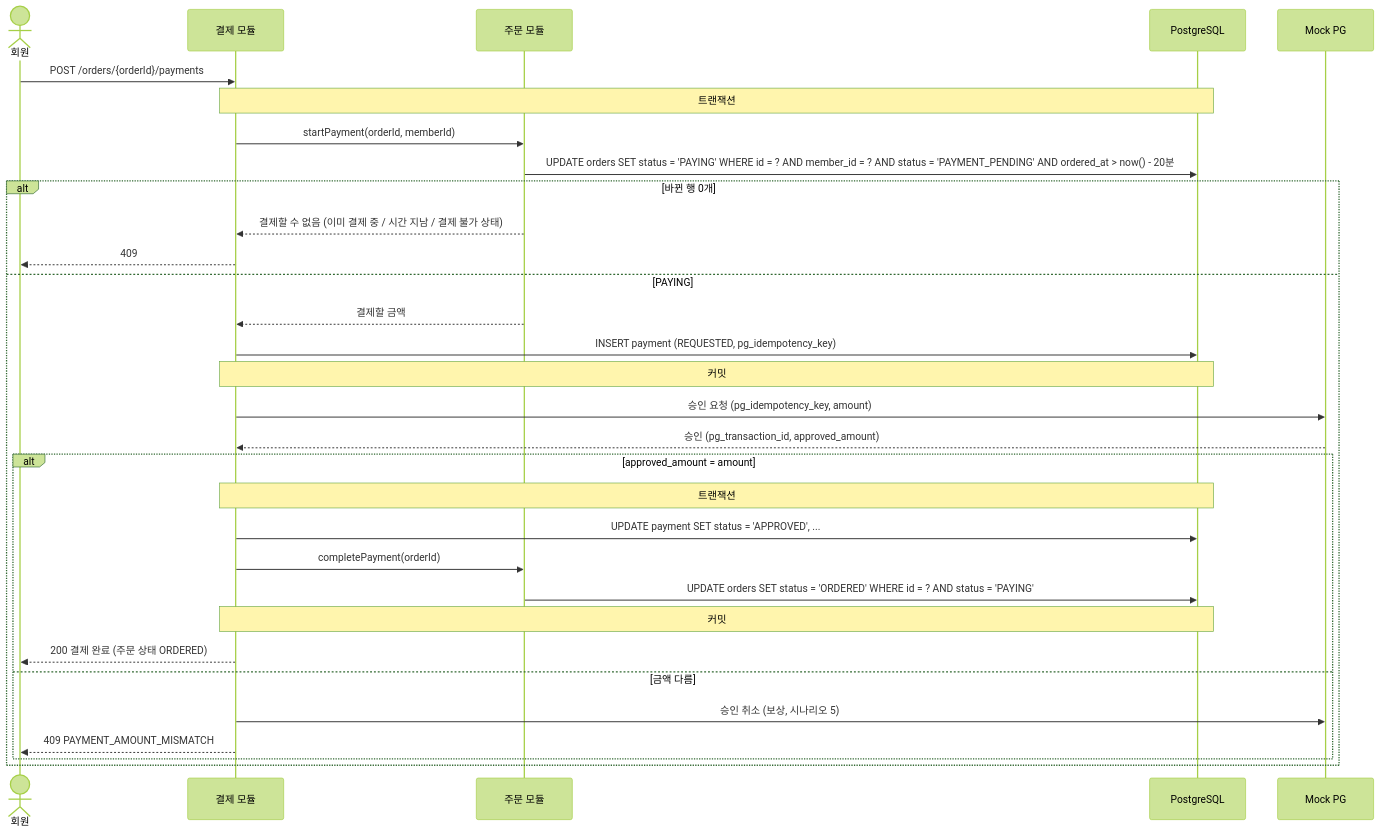
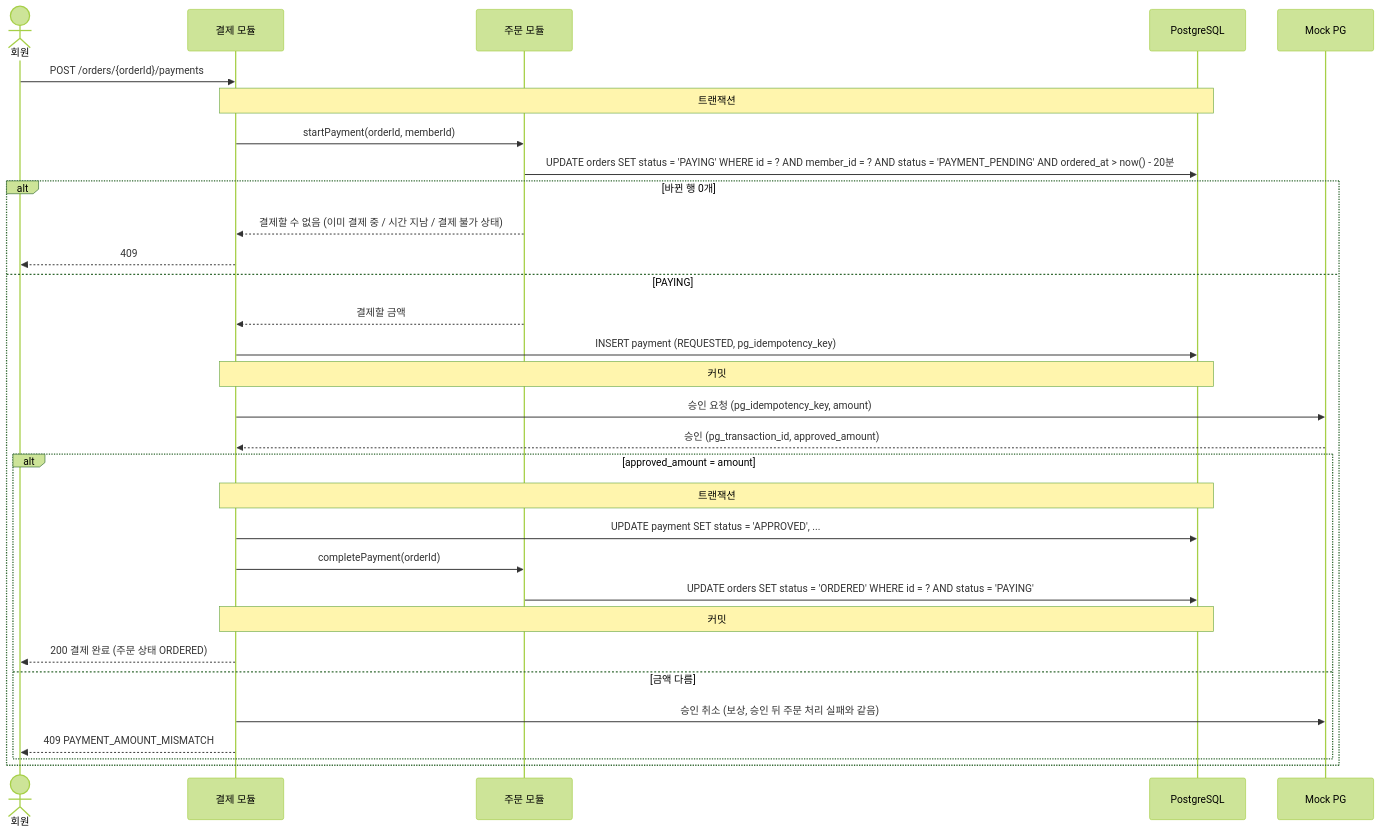
One commit to KAPUIST/flash-gate changed the first of 6 diagrams in docs/features/payment/flows.md. Above: the diagram before and after it, drawn with Mermaid (forest theme). The commit also changed other lines of this file and 33 other files, not shown here.

````diff
--- a/docs/features/payment/flows.md
+++ b/docs/features/payment/flows.md
@@ -25,34 +25,34 @@
 ```mermaid
 sequenceDiagram
     actor U as 회원
     participant A as 결제 모듈
     participant O as 주문 모듈
     participant D as PostgreSQL
     participant PG as Mock PG
 
     U->>A: POST /orders/{orderId}/payments
     Note over A,D: 트랜잭션
     A->>O: startPayment(orderId, memberId)
     O->>D: UPDATE orders SET status = 'PAYING' WHERE id = ? AND member_id = ? AND status = 'PAYMENT_PENDING' AND ordered_at > now() - 20분
     alt 바뀐 행 0개
         O-->>A: 결제할 수 없음 (이미 결제 중 / 시간 지남 / 결제 불가 상태)
         A-->>U: 409
     else PAYING
         O-->>A: 결제할 금액
         A->>D: INSERT payment (REQUESTED, pg_idempotency_key)
         Note over A,D: 커밋
         A->>PG: 승인 요청 (pg_idempotency_key, amount)
         PG-->>A: 승인 (pg_transaction_id, approved_amount)
         alt approved_amount = amount
             Note over A,D: 트랜잭션
             A->>D: UPDATE payment SET status = 'APPROVED', ...
             A->>O: completePayment(orderId)
             O->>D: UPDATE orders SET status = 'ORDERED' WHERE id = ? AND status = 'PAYING'
             Note over A,D: 커밋
             A-->>U: 200 결제 완료 (주문 상태 ORDERED)
         else 금액 다름
-            A->>PG: 승인 취소 (보상, 시나리오 5)
+            A->>PG: 승인 취소 (보상, 승인 뒤 주문 처리 실패와 같음)
             A-->>U: 409 PAYMENT_AMOUNT_MISMATCH
         end
     end
 ```
````
